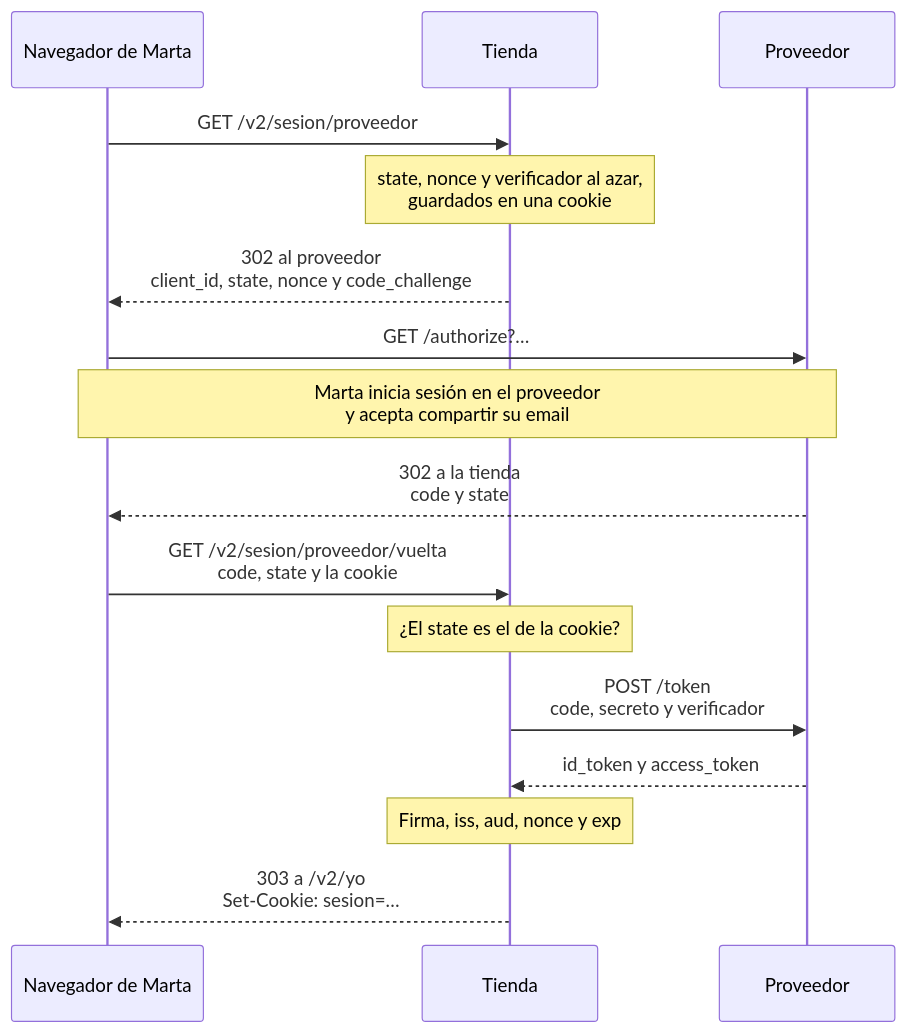
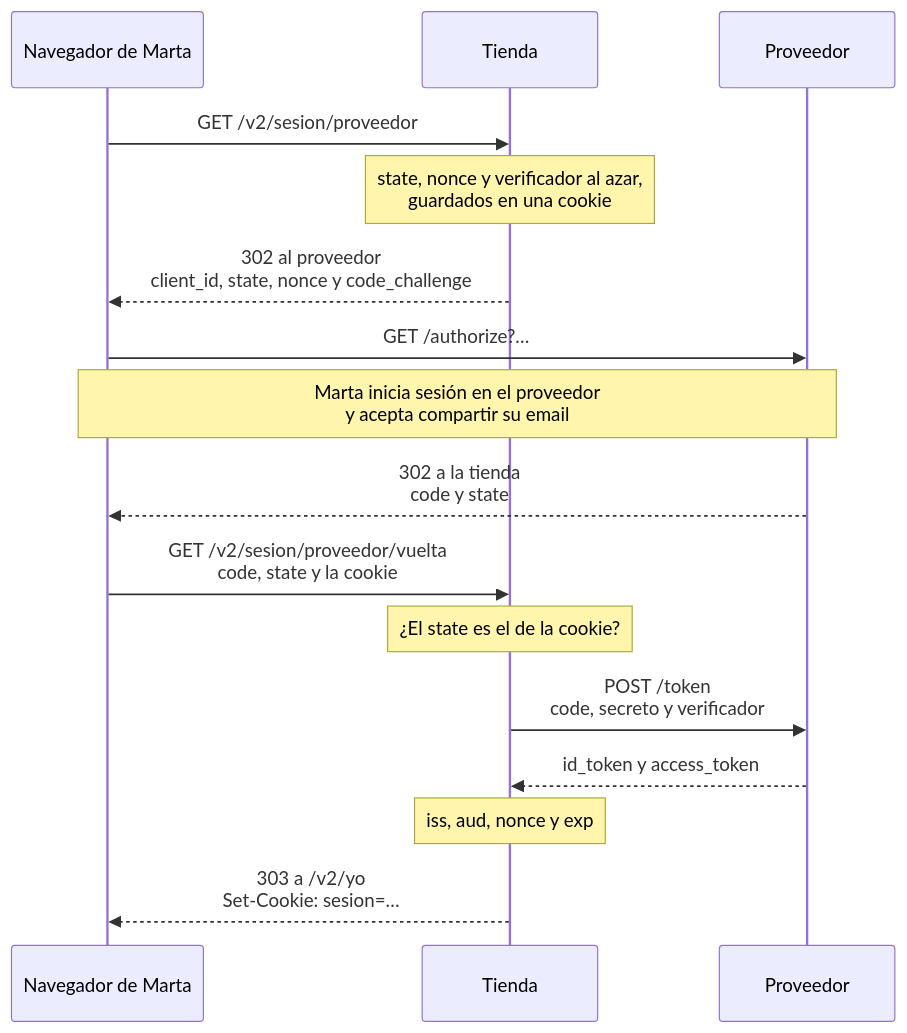
One commit to backendfromscratch/backend-from-scratch changed the diagram in web/src/content/docs/fase-6/oauth-openid-connect.mdx. Above: the diagram before and after it, drawn with Mermaid. The commit also changed other lines of this file and 828 other files, not shown here.

````diff
--- a/web/src/content/docs/fase-6/oauth-openid-connect.mdx
+++ b/web/src/content/docs/fase-6/oauth-openid-connect.mdx
@@ -85,18 +85,18 @@
 ```mermaid
 sequenceDiagram
     participant N as Navegador de Marta
     participant T as Tienda
     participant P as Proveedor
     N->>T: GET /v2/sesion/proveedor
     Note over T: state, nonce y verificador al azar,<br/>guardados en una cookie
     T-->>N: 302 al proveedor<br/>client_id, state, nonce y code_challenge
     N->>P: GET /authorize?…
     Note over N,P: Marta inicia sesión en el proveedor<br/>y acepta compartir su email
     P-->>N: 302 a la tienda<br/>code y state
     N->>T: GET /v2/sesion/proveedor/vuelta<br/>code, state y la cookie
     Note over T: ¿El state es el de la cookie?
     T->>P: POST /token<br/>code, secreto y verificador
     P-->>T: id_token y access_token
-    Note over T: Firma, iss, aud, nonce y exp
+    Note over T: iss, aud, nonce y exp
     T-->>N: 303 a /v2/yo<br/>Set-Cookie: sesion=…
 ```
````
